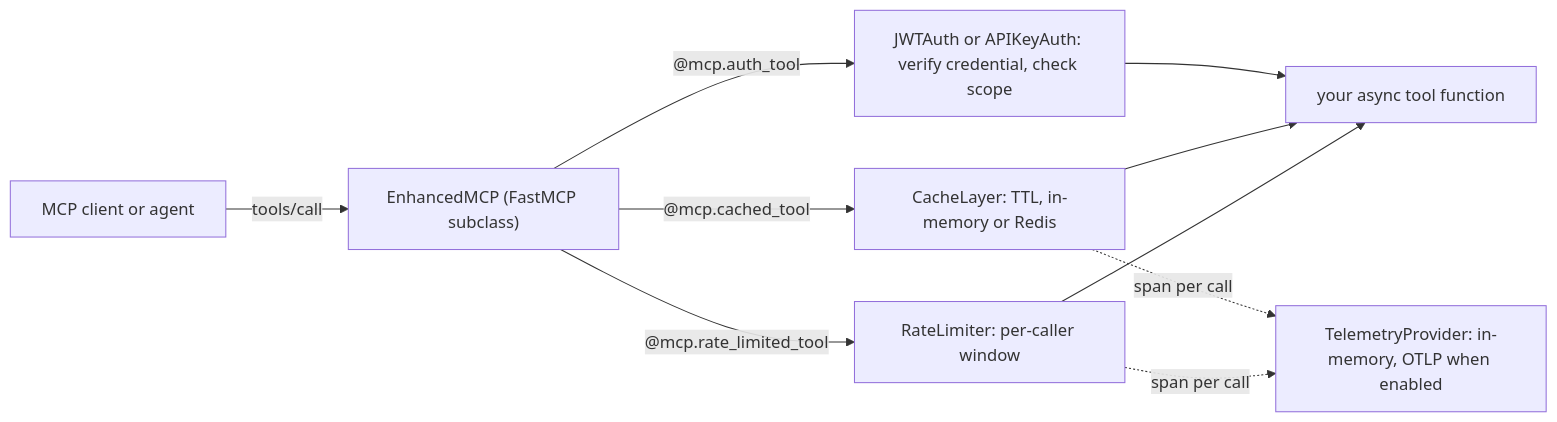
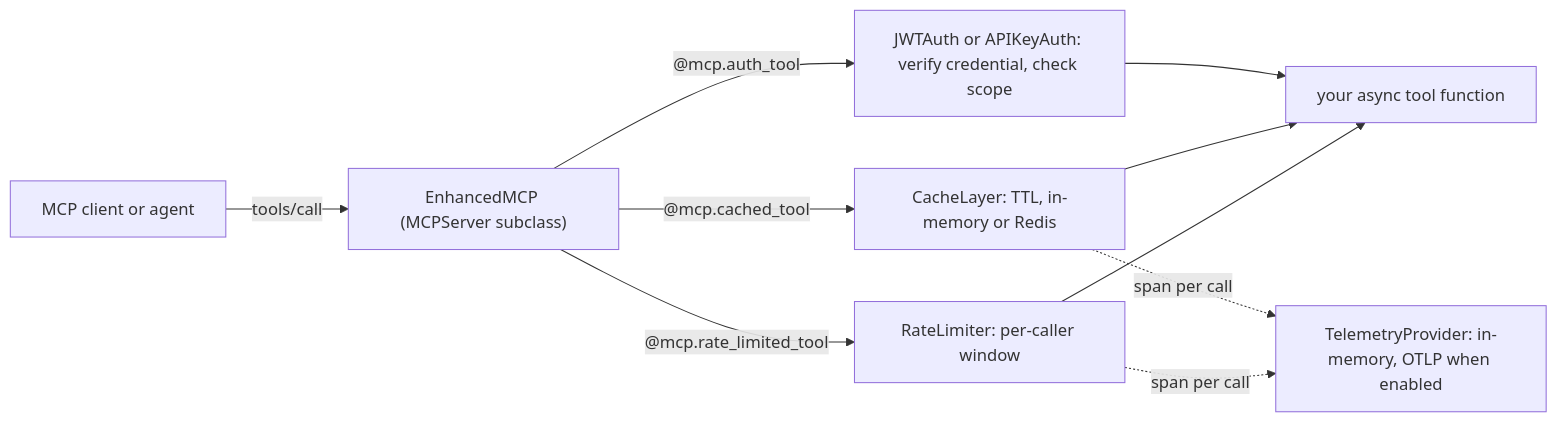
One commit to ChunkyTortoise/mcp-server-toolkit changed the diagram in README.md. Above: the diagram before and after it, drawn with Mermaid. The commit also changed other lines of this file and 9 other files, not shown here.

First line of the commit message:
deps: move server base to mcp 2.x MCPServer (D1 of 3)

````diff
--- a/README.md
+++ b/README.md
@@ -115,12 +115,12 @@
 ```mermaid
 flowchart LR
-  C["MCP client or agent"] -->|"tools/call"| S["EnhancedMCP (FastMCP subclass)"]
+  C["MCP client or agent"] -->|"tools/call"| S["EnhancedMCP (MCPServer subclass)"]
   S -->|"@mcp.auth_tool"| A["JWTAuth or APIKeyAuth: verify credential, check scope"]
   S -->|"@mcp.cached_tool"| K["CacheLayer: TTL, in-memory or Redis"]
   S -->|"@mcp.rate_limited_tool"| R["RateLimiter: per-caller window"]
   A --> F["your async tool function"]
   K --> F
   R --> F
   K -.->|"span per call"| T["TelemetryProvider: in-memory, OTLP when enabled"]
   R -.->|"span per call"| T
 ```
````
